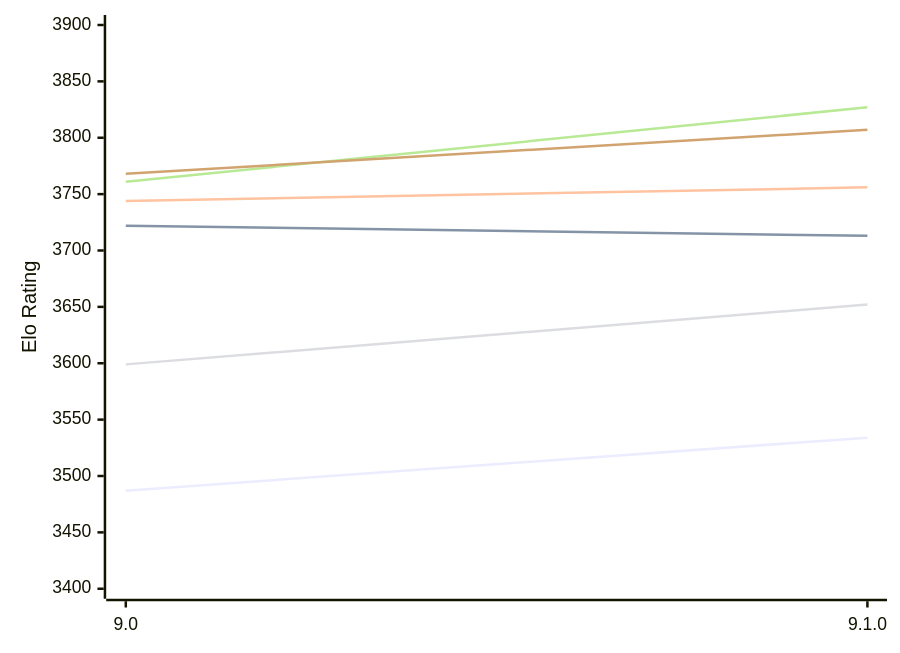
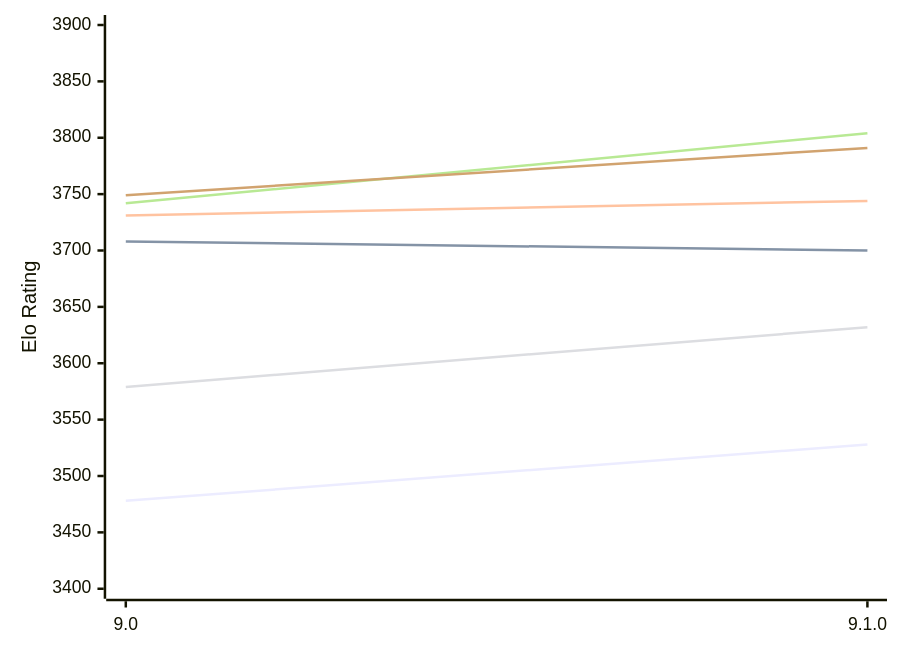
One commit to computer-chess-index/cci changed the first of 2 diagrams in engines/Alexandria.md. Above: the diagram before and after it, drawn with Mermaid. The commit also changed other lines of this file, not shown here.

Commit message:
Update CCI Ratings (ELO VLTC) - 2026-11-02

````diff
--- a/engines/Alexandria.md
+++ b/engines/Alexandria.md
@@ -54,12 +54,12 @@
 ```mermaid
 %%{init: {"theme":"base","themeVariables":{"seriesColors:['#a3a3a3','#222221','#faa371']}}}%%
 xychart-beta
   x-axis ["9.0", "9.1.0"]
   y-axis "Elo Rating" 3400 --> 3900
-  line "E1: STC (8.0+0.08s)" [3487, 3534]
-  line "E1: LTC (60.0+0.60s)" [3722, 3713]
-  line "E1: VLTC (2m24s+1.12s)" [3744, 3756]
-  line "P1: STC (8.0+0.08s)" [3599, 3652]
-  line "P1: LTC (60.0+0.60s)" [3761, 3827]
-  line "P1: VLTC (2m24s+1.12s)" [3768, 3807]
+  line "E1: STC (8.0+0.08s)" [3478, 3528]
+  line "E1: LTC (60.0+0.60s)" [3708, 3700]
+  line "E1: VLTC (2m24s+1.12s)" [3731, 3744]
+  line "P1: STC (8.0+0.08s)" [3579, 3632]
+  line "P1: LTC (60.0+0.60s)" [3742, 3804]
+  line "P1: VLTC (2m24s+1.12s)" [3749, 3791]
 ```
````
